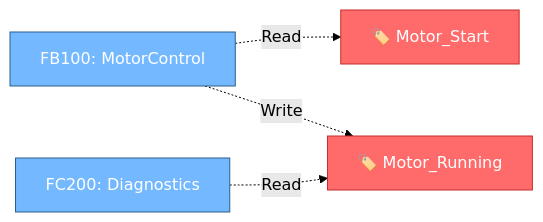
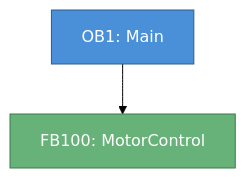
One commit to MrFadiAi/dive-mcp-host changed the diagram in skills/call-graph/SKILL.md. Above: the diagram before and after it, drawn with Mermaid (forest theme). The commit also changed other lines of this file and 23 other files, not shown here.

````diff
--- a/skills/call-graph/SKILL.md
+++ b/skills/call-graph/SKILL.md
@@ -121,14 +104,10 @@
 ```mermaid
-flowchart LR
-    classDef tag fill:#ff6b6b,stroke:#c92a2a,color:#fff
-    classDef block fill:#74b9ff,stroke:#2c5f8a,color:#fff
+flowchart TD
+    classDef ob fill:#4a90d9,stroke:#2c5f8a,color:#fff
+    classDef fb fill:#67b279,stroke:#3d7a4a,color:#fff
 
-    Motor_Start["🏷️ Motor_Start"]:::tag
-    Motor_Running["🏷️ Motor_Running"]:::tag
-    FB100["FB100: MotorControl"]:::block
-    FC200["FC200: Diagnostics"]:::block
+    OB1["OB1: Main"]:::ob
+    FB100["FB100: MotorControl"]:::fb
 
-    FB100 -.->|Read| Motor_Start
-    FB100 -.->|Write| Motor_Running
-    FC200 -.->|Read| Motor_Running
+    OB1 --> FB100
 ```
````
